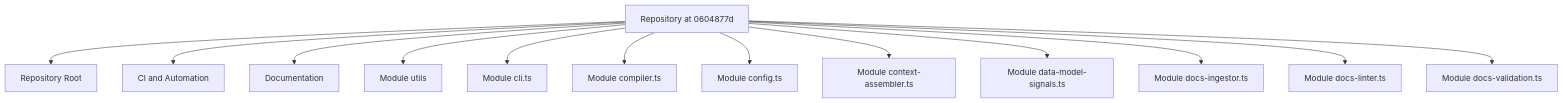
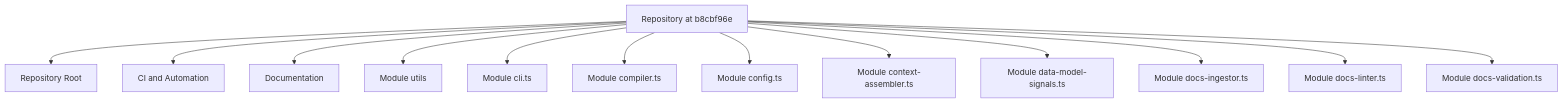
One commit to mfittko/repo-wiki changed the diagram in Architecture.md. Above: the diagram before and after it, drawn with Mermaid. The commit also changed other lines of this file and 43 other files, not shown here.

````diff
--- a/Architecture.md
+++ b/Architecture.md
@@ -14,16 +14,16 @@
 ```mermaid
 flowchart TD
-  Repo[Repository at 0604877d]
+  Repo[Repository at b8cbf96e]
   Repo --> M0[Repository Root]
   Repo --> M1[CI and Automation]
   Repo --> M2[Documentation]
   Repo --> M3[Module utils]
   Repo --> M4[Module cli.ts]
   Repo --> M5[Module compiler.ts]
   Repo --> M6[Module config.ts]
   Repo --> M7[Module context-assembler.ts]
   Repo --> M8[Module data-model-signals.ts]
   Repo --> M9[Module docs-ingestor.ts]
   Repo --> M10[Module docs-linter.ts]
   Repo --> M11[Module docs-validation.ts]
 ```
````
